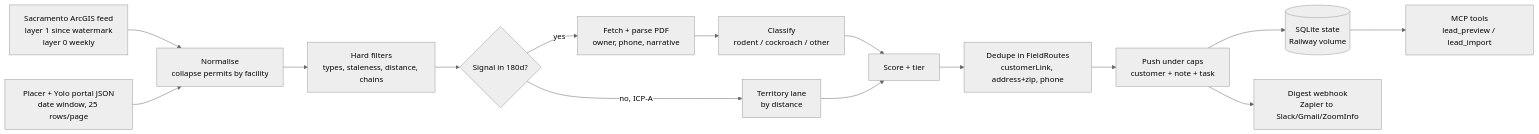
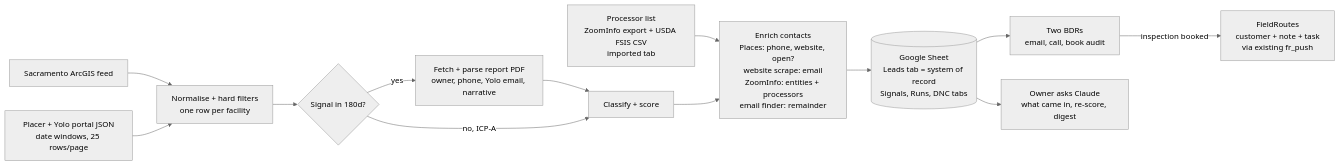
Before and after one commit to lcu123/Main: the diagram in docs/lead-scraper-plan.md, drawn with Mermaid (neutral theme). The commit also changed other lines of this file, not shown here.

First line of the commit message:
Plan revision 2: sheet-first BDR pipeline, three counties, emails, processors

````diff
--- a/docs/lead-scraper-plan.md
+++ b/docs/lead-scraper-plan.md
@@ -156,17 +162,14 @@
 ```mermaid
 flowchart LR
-  A[Sacramento ArcGIS feed<br/>layer 1 since watermark<br/>layer 0 weekly] --> B[Normalise<br/>collapse permits by facility]
-  A2[Placer + Yolo portal JSON<br/>date window, 25 rows/page] --> B
-  B --> C[Hard filters<br/>types, staleness, distance, chains]
-  C --> D{Signal in 180d?}
-  D -- yes --> E[Fetch + parse PDF<br/>owner, phone, narrative]
-  E --> F[Classify<br/>rodent / cockroach / other]
-  F --> G[Score + tier]
-  D -- no, ICP-A --> H[Territory lane<br/>by distance]
-  H --> G
-  G --> I[Dedupe in FieldRoutes<br/>customerLink, address+zip, phone]
-  I --> J[Push under caps<br/>customer + note + task]
-  J --> K[(SQLite state<br/>Railway volume)]
-  J --> L[Digest webhook<br/>Zapier to Slack/Gmail/ZoomInfo]
-  K --> M[MCP tools<br/>lead_preview / lead_import]
+  S1[Sacramento ArcGIS feed] --> N[Normalise + hard filters<br/>one row per facility]
+  S2[Placer + Yolo portal JSON<br/>date windows, 25 rows/page] --> N
+  S3[Processor list<br/>ZoomInfo export + USDA FSIS CSV<br/>imported tab] --> E
+  N --> C{Signal in 180d?}
+  C -- yes --> P[Fetch + parse report PDF<br/>owner, phone, Yolo email, narrative] --> K[Classify + score]
+  C -- no, ICP-A --> K
+  K --> E[Enrich contacts<br/>Places: phone, website, open?<br/>website scrape: email<br/>ZoomInfo: entities + processors<br/>email finder: remainder]
+  E --> G[(Google Sheet<br/>Leads tab = system of record<br/>Signals, Runs, DNC tabs)]
+  G --> R[Two BDRs<br/>email, call, book audit]
+  R -- inspection booked --> F[FieldRoutes<br/>customer + note + task<br/>via existing fr_push]
+  G --> Q[Owner asks Claude<br/>what came in, re-score, digest]
 ```
````
